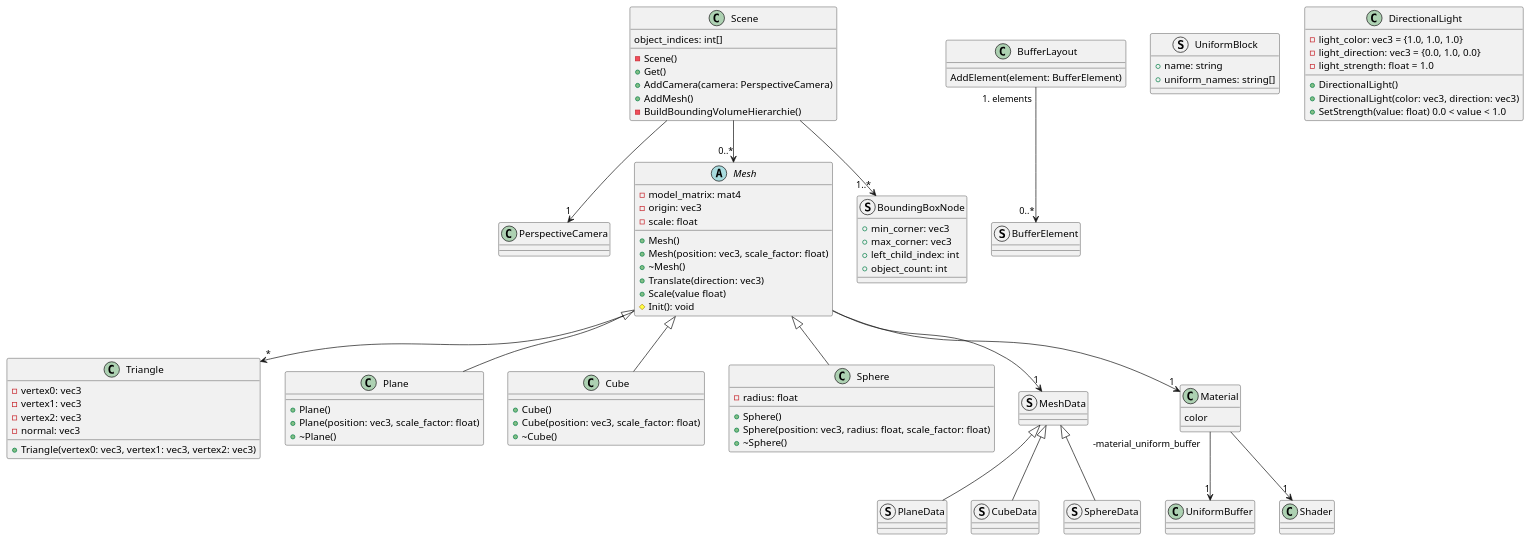
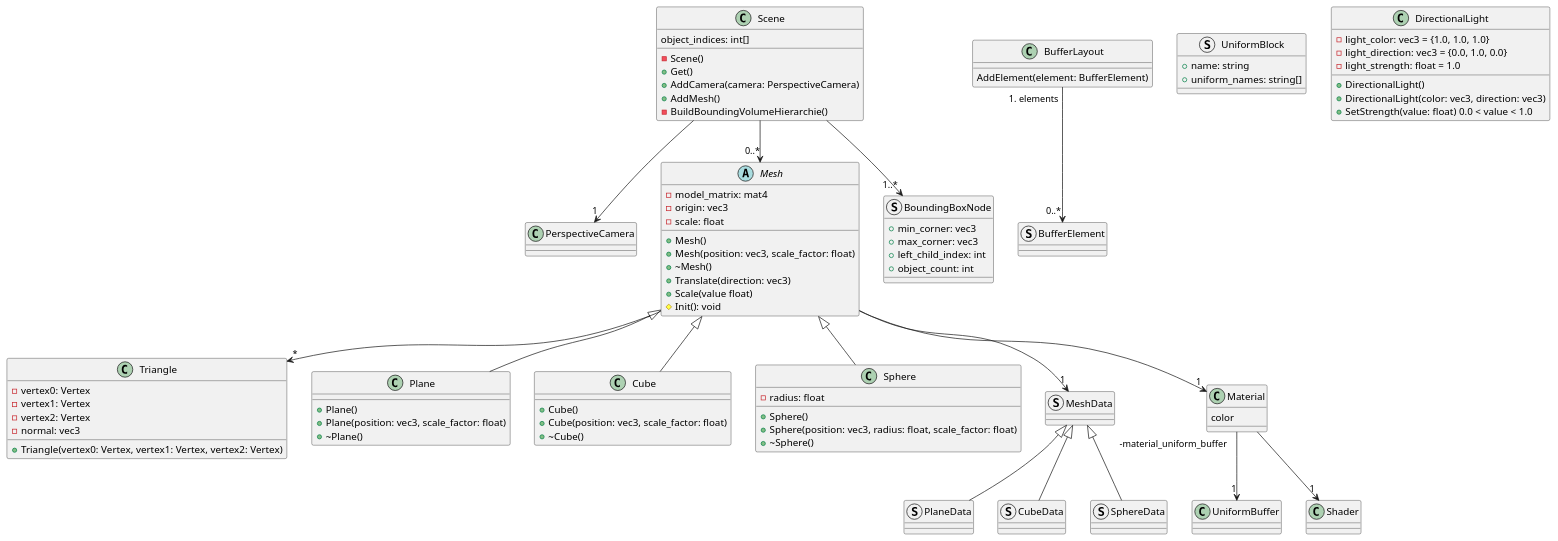
One commit to wolfel1/Raytracy changed the diagram in docs/renderer/src/classes.puml. Above: the diagram before and after it, drawn with PlantUML.

```diff
--- a/docs/renderer/src/classes.puml
+++ b/docs/renderer/src/classes.puml
@@ -1,103 +1,103 @@
 @startuml renderer_classes
 class Scene
 Scene : object_indices: int[]
 Scene : -Scene()
 Scene : +Get()
 Scene : +AddCamera(camera: PerspectiveCamera)
 Scene : +AddMesh()
 Scene : -BuildBoundingVolumeHierarchie()
 
 Scene --> "1" PerspectiveCamera
 Scene --> "0..*" Mesh
 
 class PerspectiveCamera
 
 struct BoundingBoxNode
 BoundingBoxNode : +min_corner: vec3
 BoundingBoxNode : +max_corner: vec3
 BoundingBoxNode : +left_child_index: int
 BoundingBoxNode : +object_count: int
 
 Scene --> "1..*" BoundingBoxNode
 
 abstract Mesh
 Mesh : -model_matrix: mat4
 Mesh : -origin: vec3
 Mesh : -scale: float
 Mesh : +Mesh()
 Mesh : +Mesh(position: vec3, scale_factor: float)
 Mesh : +\~Mesh()
 Mesh : +Translate(direction: vec3)
 Mesh : +Scale(value float)
 Mesh : #Init(): void
 
 class Triangle
-Triangle : -vertex0: vec3
-Triangle : -vertex1: vec3
-Triangle : -vertex2: vec3
+Triangle : -vertex0: Vertex
+Triangle : -vertex1: Vertex
+Triangle : -vertex2: Vertex
 Triangle : -normal: vec3
-Triangle : +Triangle(vertex0: vec3, vertex1: vec3, vertex2: vec3)
+Triangle : +Triangle(vertex0: Vertex, vertex1: Vertex, vertex2: Vertex)
 
 Mesh --> "*" Triangle
 
 class Plane
 Plane : +Plane()
 Plane : +Plane(position: vec3, scale_factor: float)
 Plane : +\~Plane()
 
 class Cube
 Cube : +Cube()
 Cube : +Cube(position: vec3, scale_factor: float)
 Cube : +\~Cube()
 
 class Sphere
 Sphere : -radius: float
 Sphere : +Sphere()
 Sphere : +Sphere(position: vec3, radius: float, scale_factor: float)
 Sphere : +\~Sphere()
 
 struct MeshData
 
 struct PlaneData
 
 struct CubeData
 
 struct SphereData
 
 struct BufferElement
 
 class BufferLayout
 BufferLayout : AddElement(element: BufferElement)
 
 struct UniformBlock
 UniformBlock : +name: string
 UniformBlock : +uniform_names: string[]
 
 BufferLayout "#elements" --> "0..*" BufferElement
 
 class UniformBuffer
 
 class DirectionalLight
 DirectionalLight : -light_color: vec3 = {1.0, 1.0, 1.0}
 DirectionalLight : -light_direction: vec3 = {0.0, 1.0, 0.0}
 DirectionalLight : -light_strength: float = 1.0
 DirectionalLight : +DirectionalLight()
 DirectionalLight : +DirectionalLight(color: vec3, direction: vec3)
 DirectionalLight : +SetStrength(value: float) 0.0 < value < 1.0
 
 class Material
 Material : color
 
 Material --> "1" Shader
 Material "-material_uniform_buffer" --> "1" UniformBuffer
 
 Mesh --> "1" MeshData
 Mesh --> "1" Material
 MeshData <|-- PlaneData
 MeshData <|-- CubeData
 MeshData <|-- SphereData
 
 Mesh <|-- Plane
 Mesh <|-- Cube
 Mesh <|-- Sphere
 @enduml
```
